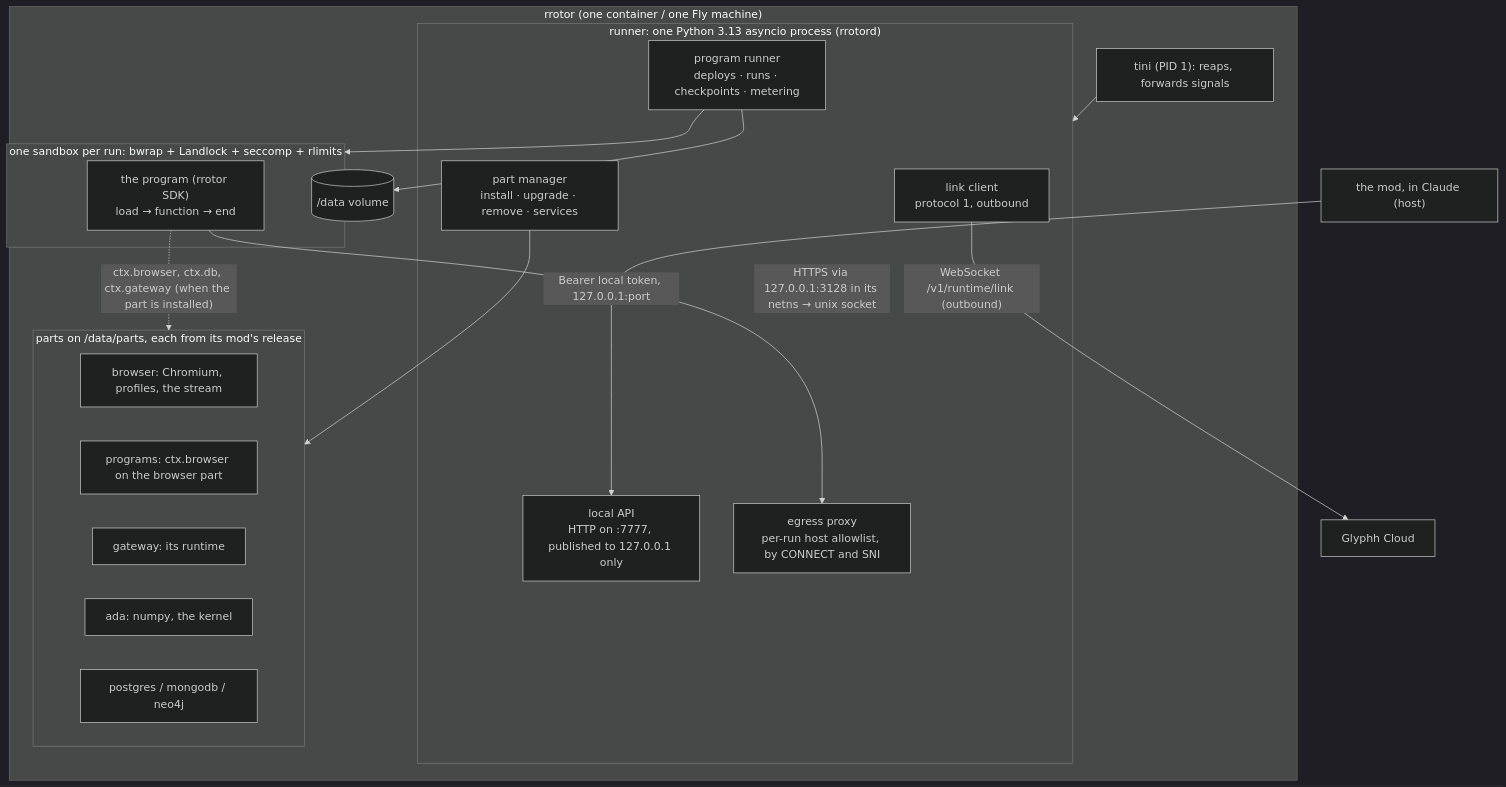
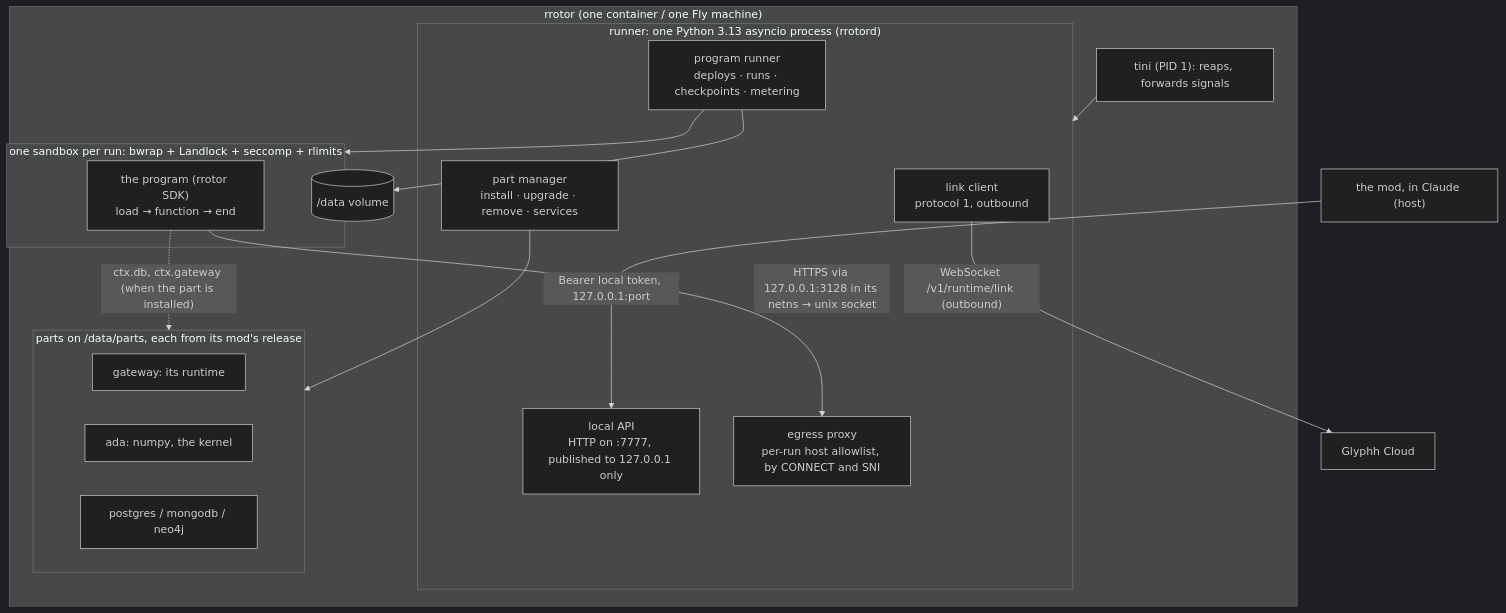
Before and after one commit to glyphh-ai/rrotor: diagram 12 of 13 in docs/architecture.md, drawn with Mermaid (dark theme). The commit also changed other lines of this file and 37 other files, not shown here.

First line of the commit message:
Remove the browser part

````diff
--- a/docs/architecture.md
+++ b/docs/architecture.md
@@ -473,34 +457,32 @@
 ```mermaid
 flowchart TB
     subgraph R["rrotor (one container / one Fly machine)"]
         Tini["tini (PID 1): reaps, forwards signals"]
         subgraph Runner["runner: one Python 3.13 asyncio process (rrotord)"]
             Link["link client<br/>protocol 1, outbound"]
             Local["local API<br/>HTTP on :7777, published to 127.0.0.1 only"]
             Engine["program runner<br/>deploys · runs · checkpoints · metering"]
             Proxy["egress proxy<br/>per-run host allowlist, by CONNECT and SNI"]
             Parts["part manager<br/>install · upgrade · remove · services"]
         end
         subgraph Sandbox["one sandbox per run: bwrap + Landlock + seccomp + rlimits"]
             Prog["the program (rrotor SDK)<br/>load → function → end"]
         end
         subgraph PartsBox["parts on /data/parts, each from its mod's release"]
-            PBrowser["browser: Chromium, profiles, the stream"]
-            PChrome["programs: ctx.browser on the browser part"]
             PGateway["gateway: its runtime"]
             PAda["ada: numpy, the kernel"]
             PDB["postgres / mongodb / neo4j"]
         end
         Data[("/data volume")]
         Tini --> Runner
         Engine --> Sandbox
         Parts --> PartsBox
         Prog -- "HTTPS via 127.0.0.1:3128 in its netns → unix socket" --> Proxy
-        Prog -. "ctx.browser, ctx.db, ctx.gateway (when the part is installed)" .-> PartsBox
+        Prog -. "ctx.db, ctx.gateway (when the part is installed)" .-> PartsBox
         Engine --> Data
     end
     Mod["the mod, in Claude (host)"]
     Cloud["Glyphh Cloud"]
     Link -- "WebSocket /v1/runtime/link (outbound)" --> Cloud
     Mod -- "Bearer local token, 127.0.0.1:port" --> Local
 ```
````
